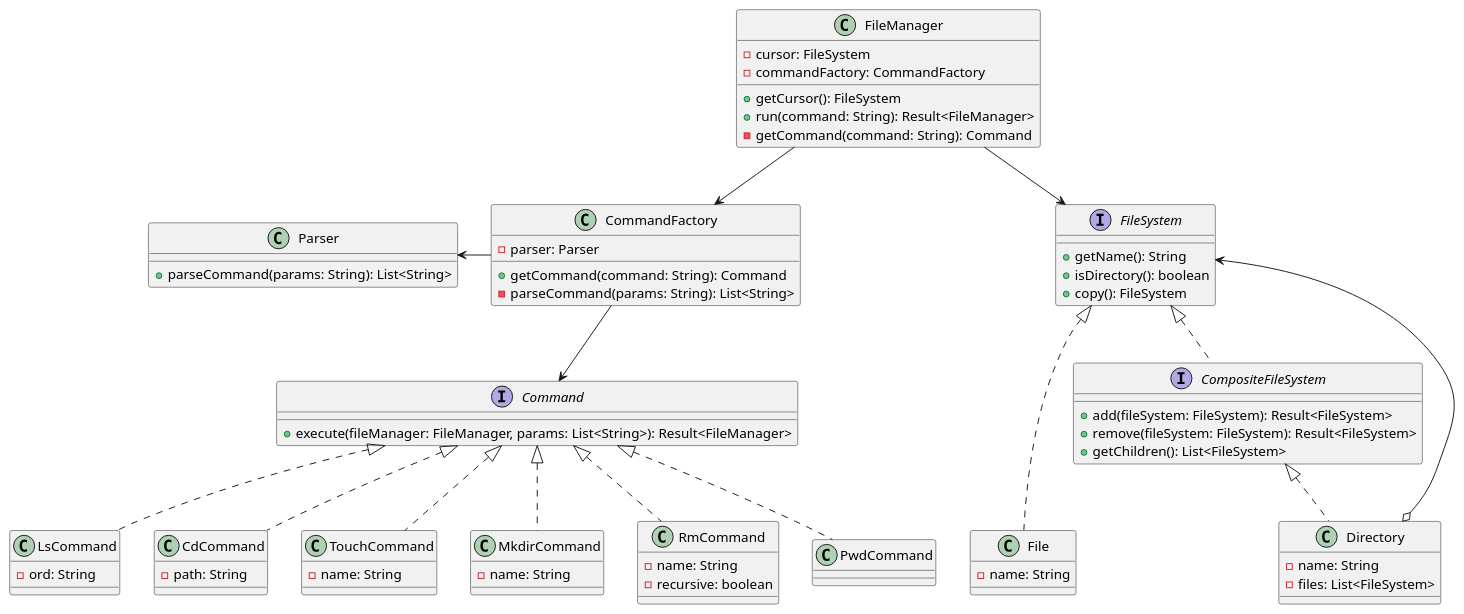
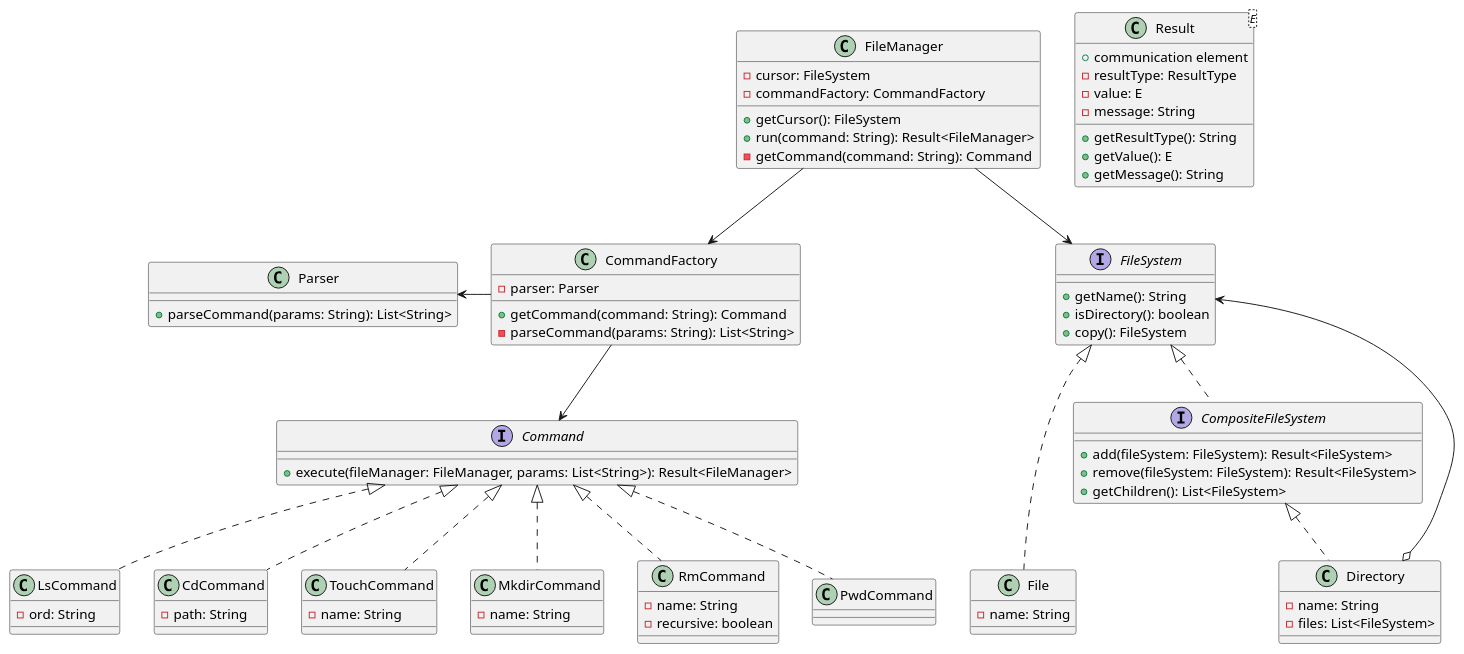
The diagram in diagramas/cliffordV1.puml (austral-ingsis-classroom/clifford-NachoCor2007), drawn with PlantUML before and after one commit.

Commit message:
Updated class diagram

```diff
--- a/diagramas/cliffordV1.puml
+++ b/diagramas/cliffordV1.puml
@@ -1,91 +1,101 @@
 @startuml
 
 class FileManager {
   - cursor: FileSystem
   - commandFactory: CommandFactory
   + getCursor(): FileSystem
   + run(command: String): Result<FileManager>
   - getCommand(command: String): Command
 }
 
 interface FileSystem {
   + getName(): String
   + isDirectory(): boolean
   + copy(): FileSystem
 }
 
 FileManager --> FileSystem
 
 class File {
   - name: String
 }
 
 FileSystem <|... File
 
 interface CompositeFileSystem {
   + add(fileSystem: FileSystem): Result<FileSystem>
   + remove(fileSystem: FileSystem): Result<FileSystem>
   + getChildren(): List<FileSystem>
 }
 
 FileSystem <|.. CompositeFileSystem
 
 class Directory {
   - name: String
   - files: List<FileSystem>
 }
 
 CompositeFileSystem <|.. Directory
 FileSystem <--o Directory
 
 class CommandFactory {
   - parser: Parser
   + getCommand(command: String): Command
   - parseCommand(params: String): List<String>
 }
 
 FileManager --> CommandFactory
 
 class Parser {
   + parseCommand(params: String): List<String>
 }
 
 Parser <- CommandFactory
 
 interface Command {
   + execute(fileManager: FileManager, params: List<String>): Result<FileManager>
 }
 
 CommandFactory --> Command
 
 class LsCommand {
   - ord: String
 }
 
 class CdCommand {
   - path: String
 }
 
 class TouchCommand {
   - name: String
 }
 
 class MkdirCommand {
   - name: String
 }
 
 class RmCommand {
   - name: String
   - recursive: boolean
 }
 
 class PwdCommand {}
 
 Command <|.. LsCommand
 Command <|.. CdCommand
 Command <|.. TouchCommand
 Command <|.. MkdirCommand
 Command <|.. RmCommand
 Command <|.. PwdCommand
 
+class Result<E> {
+  + communication element
+  - resultType: ResultType
+  - value: E
+  - message: String
+  + getResultType(): String
+  + getValue(): E
+  + getMessage(): String
+}
+
 @enduml
```
